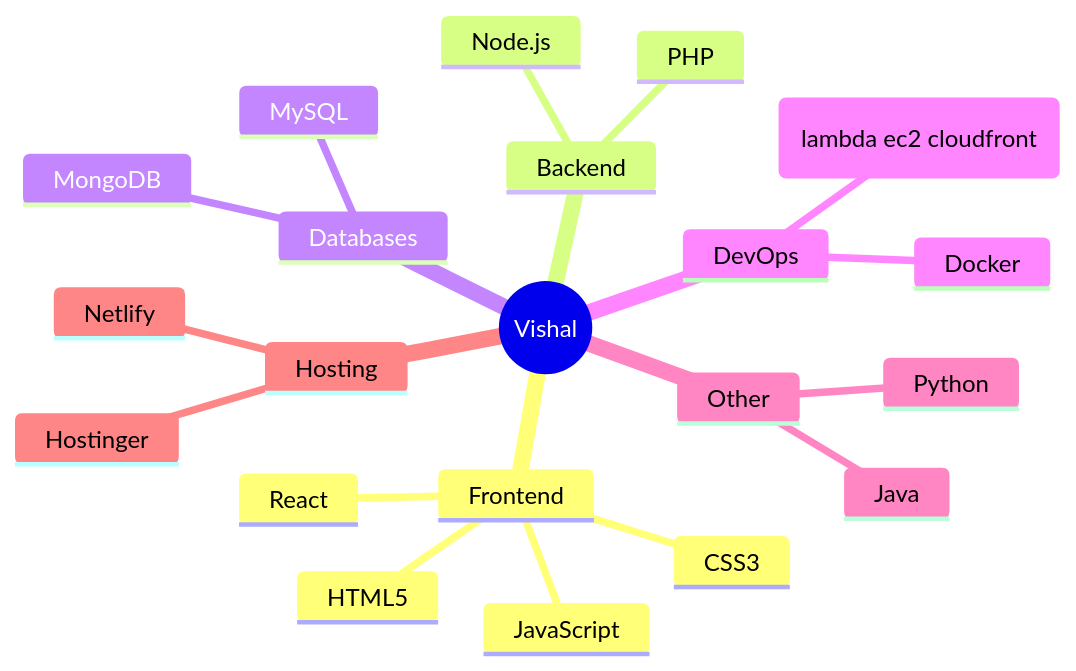
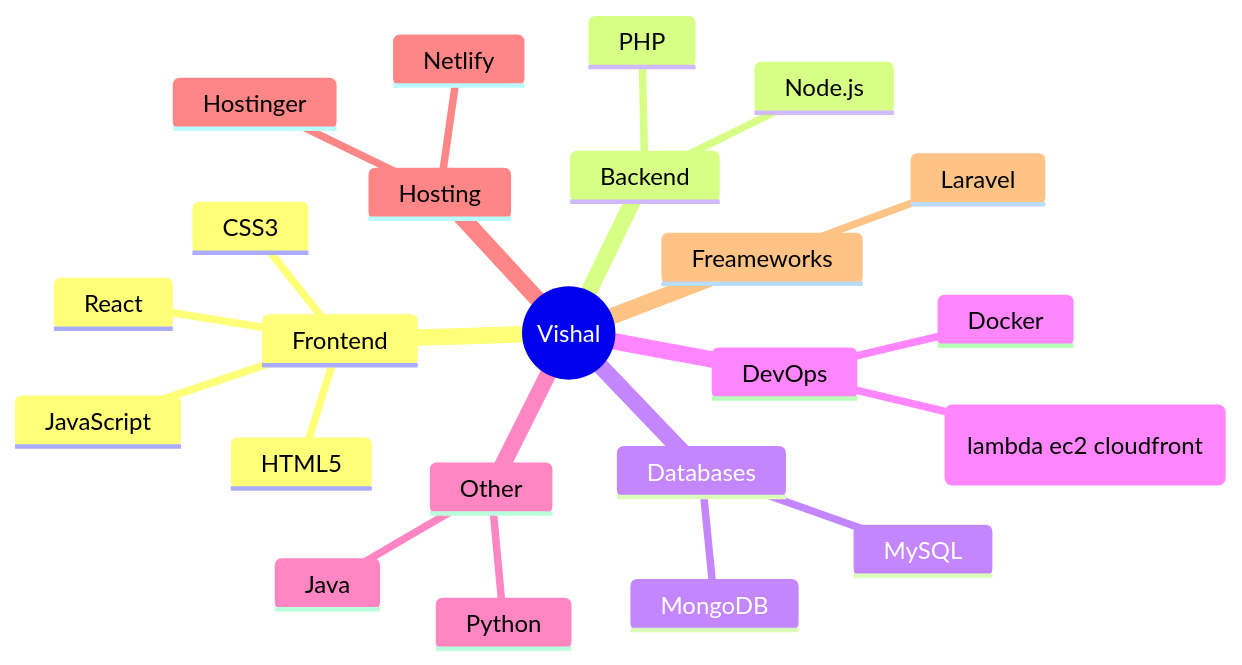
Before and after one commit to VISHAL-50/VISHAL-50: the diagram in README.md, drawn with Mermaid.

````diff
--- a/README.md
+++ b/README.md
@@ -18,24 +18,27 @@
 ```mermaid
 mindmap
   root((Vishal))
     Frontend
       HTML5
       CSS3
       JavaScript
       React
     Backend
       Node.js
       PHP
     Databases
       MySQL
       MongoDB
     DevOps
       Docker
       AWS( lambda ec2 cloudfront)
     Other
       Python
       Java
     Hosting
       Hostinger
       Netlify
+    Freameworks
+      Laravel
+      
 ```
````
